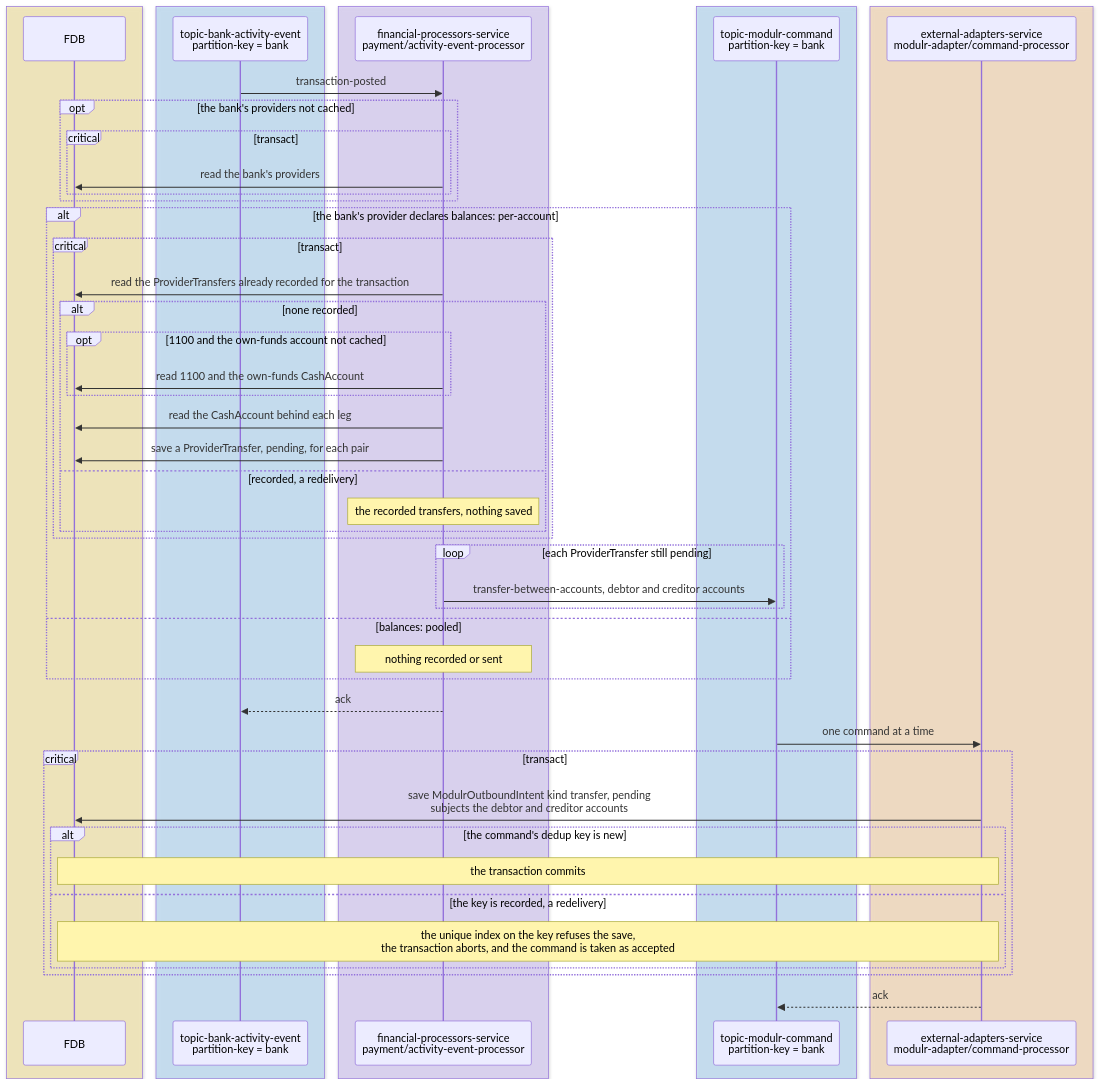
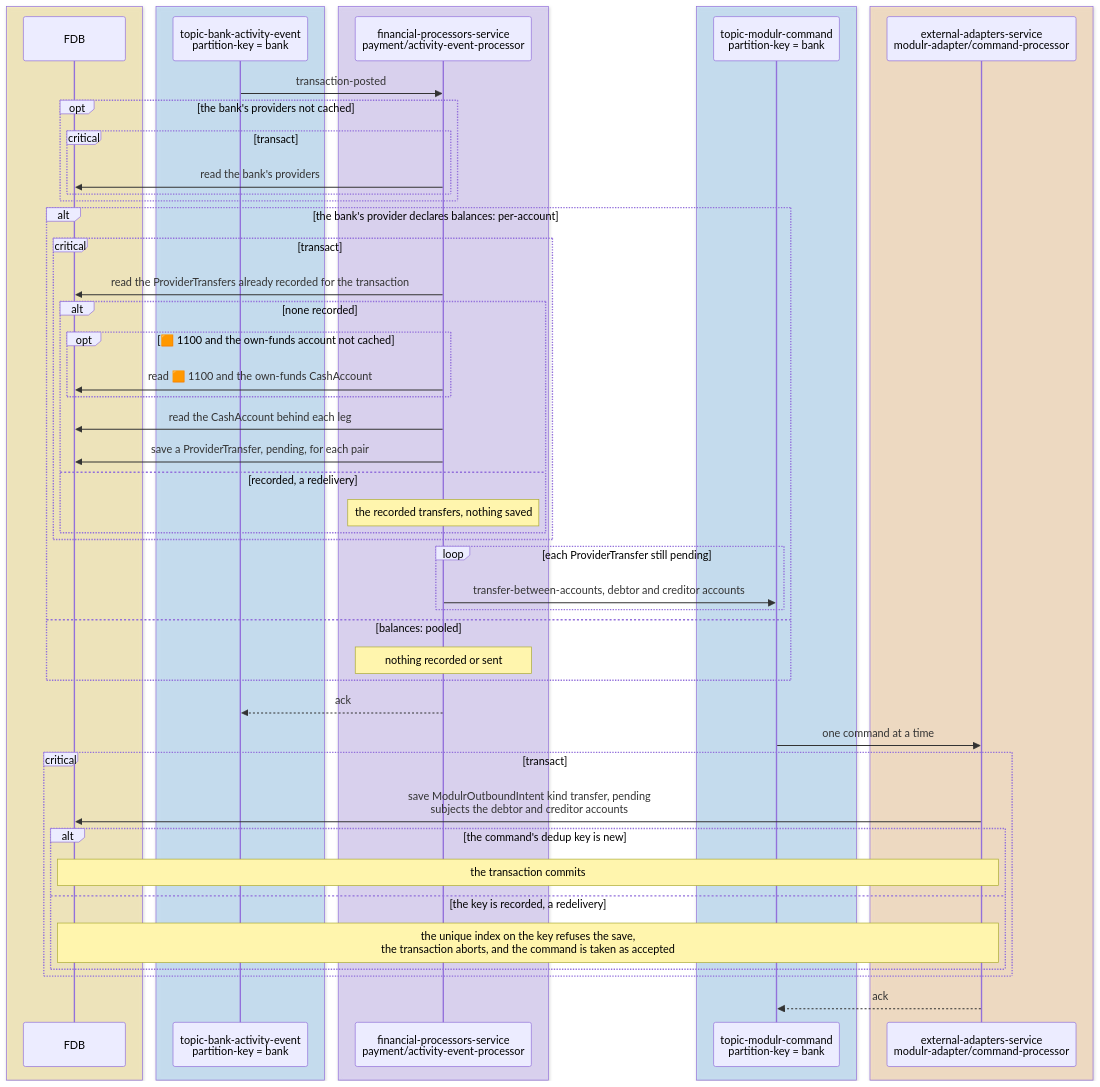
One commit to repldriven/queenswood changed the fifth of 7 diagrams in docs/tdd/payments-internal.md. Above: the diagram before and after it, drawn with Mermaid. The commit also changed other lines of this file and 2 other files, not shown here.

Commit message:
Mark each ledger account in the diagrams with its type's colour

````diff
--- a/docs/tdd/payments-internal.md
+++ b/docs/tdd/payments-internal.md
@@ -261,54 +263,54 @@
 ```mermaid
 sequenceDiagram
     box rgba(255, 236, 153, 0.5)
     participant DB as FDB
     end
     box rgba(165, 216, 255, 0.45)
     participant AE as topic-bank-activity-event<br/>partition-key = bank
     end
     box rgba(208, 191, 255, 0.45)
     participant AP as financial-processors-service<br/>payment/activity-event-processor
     end
     box rgba(165, 216, 255, 0.45)
     participant MC as topic-modulr-command<br/>partition-key = bank
     end
     box rgba(255, 216, 168, 0.5)
     participant AD as external-adapters-service<br/>modulr-adapter/command-processor
     end
     AE->>AP: transaction-posted
     opt the bank's providers not cached
     critical transact
     AP->>DB: read the bank's providers
     end
     end
     alt the bank's provider declares balances: per-account
     critical transact
     AP->>DB: read the ProviderTransfers already recorded for the transaction
     alt none recorded
-    opt 1100 and the own-funds account not cached
-    AP->>DB: read 1100 and the own-funds CashAccount
+    opt 🟧 1100 and the own-funds account not cached
+    AP->>DB: read 🟧 1100 and the own-funds CashAccount
     end
     AP->>DB: read the CashAccount behind each leg
     AP->>DB: save a ProviderTransfer, pending, for each pair
     else recorded, a redelivery
     Note over AP: the recorded transfers, nothing saved
     end
     end
     loop each ProviderTransfer still pending
     AP->>MC: transfer-between-accounts, debtor and creditor accounts
     end
     else balances: pooled
     Note over AP: nothing recorded or sent
     end
     AP-->>AE: ack
     MC->>AD: one command at a time
     critical transact
     AD->>DB: save ModulrOutboundIntent kind transfer, pending<br/>subjects the debtor and creditor accounts
     alt the command's dedup key is new
     Note over AD,DB: the transaction commits
     else the key is recorded, a redelivery
     Note over AD,DB: the unique index on the key refuses the save,<br/>the transaction aborts, and the command is taken as accepted
     end
     end
     AD-->>MC: ack
 ```
````
